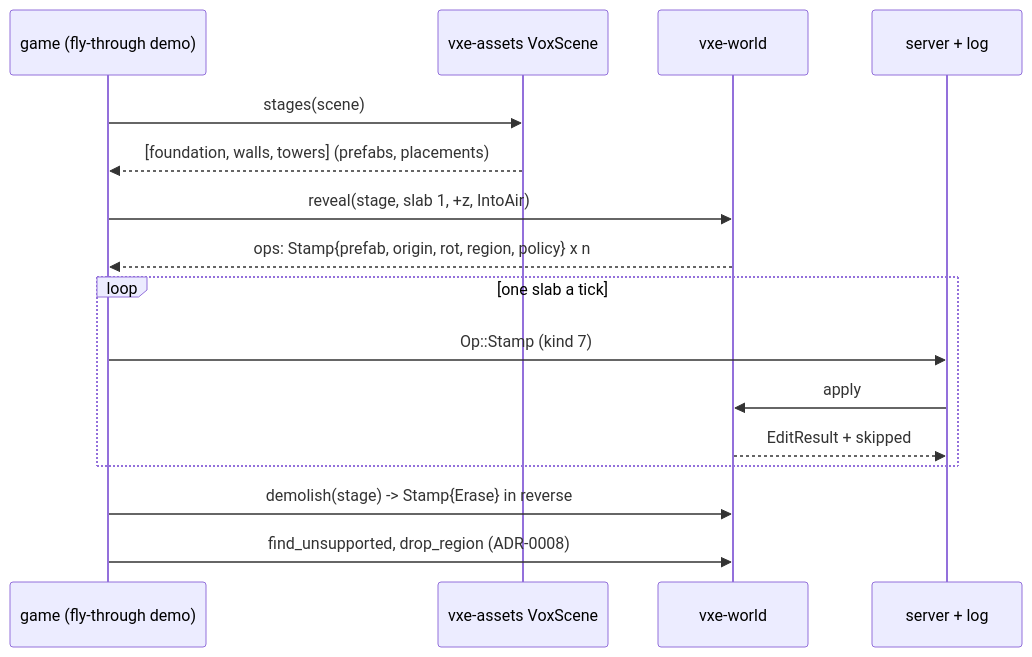
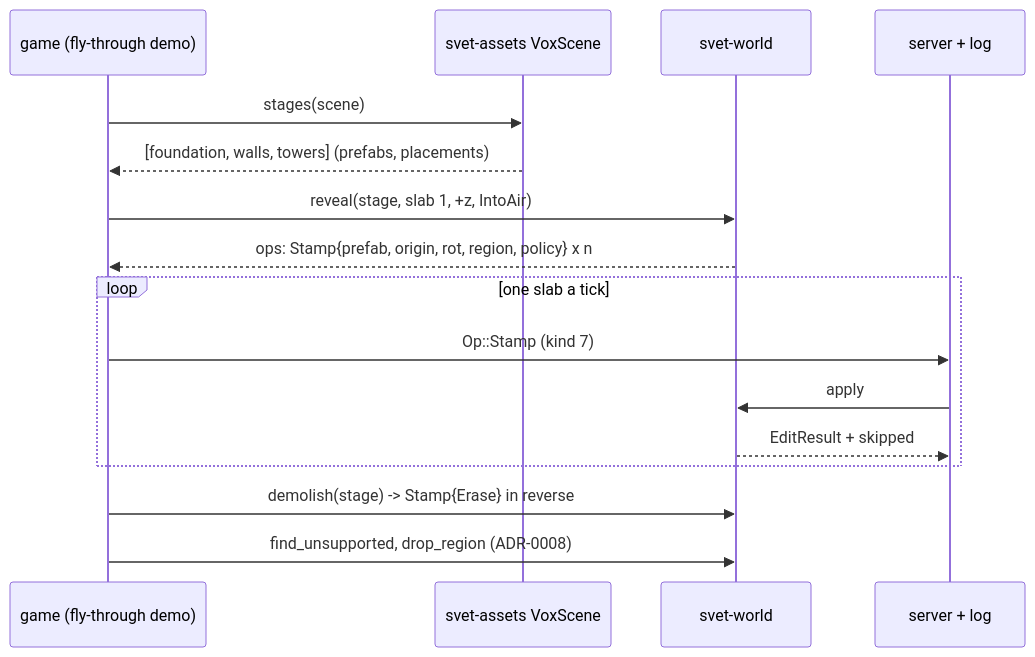
One commit to IgorKonovalov/voxel-engine changed the diagram in docs/plans/0084-staged-structures-stages-from-a-vox-a-stamp-with-a-write-policy-and-a-region-a-reveal-and-a-demolish.md. Above: the diagram before and after it, drawn with Mermaid. The commit also changed other lines of this file and 53 other files, not shown here.

````diff
--- a/docs/plans/0084-staged-structures-stages-from-a-vox-a-stamp-with-a-write-policy-and-a-region-a-reveal-and-a-demolish.md
+++ b/docs/plans/0084-staged-structures-stages-from-a-vox-a-stamp-with-a-write-policy-and-a-region-a-reveal-and-a-demolish.md
@@ -78,18 +78,18 @@
 ```mermaid
 sequenceDiagram
     participant G as game (fly-through demo)
-    participant A as vxe-assets VoxScene
-    participant W as vxe-world
+    participant A as svet-assets VoxScene
+    participant W as svet-world
     participant S as server + log
     G->>A: stages(scene)
     A-->>G: [foundation, walls, towers] (prefabs, placements)
     G->>W: reveal(stage, slab 1, +z, IntoAir)
     W-->>G: ops: Stamp{prefab, origin, rot, region, policy} x n
     loop one slab a tick
         G->>S: Op::Stamp (kind 7)
         S->>W: apply
         W-->>S: EditResult + skipped
     end
     G->>W: demolish(stage) -> Stamp{Erase} in reverse
     G->>W: find_unsupported, drop_region (ADR-0008)
 ```
````
